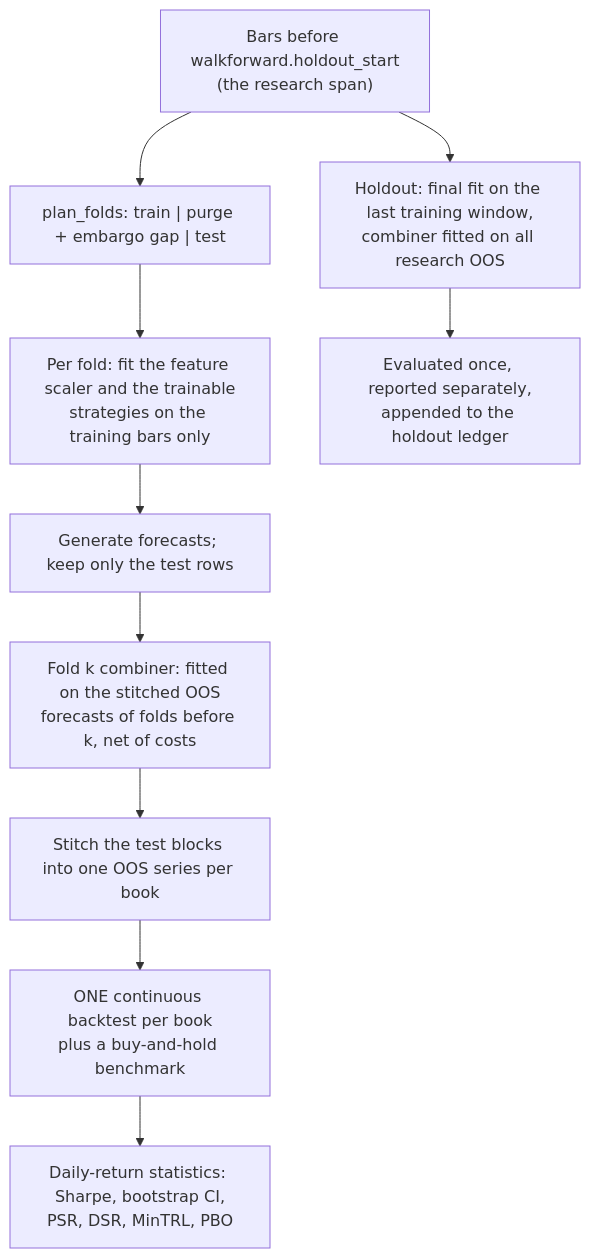
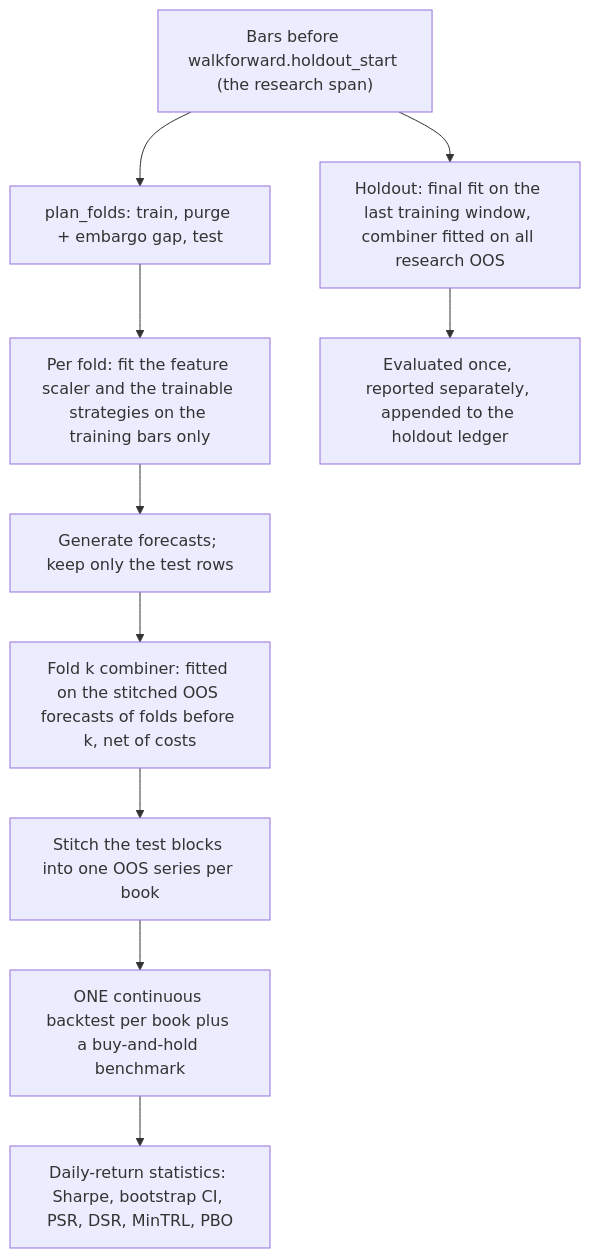
One commit to zero-was-here/tradingbot changed the first of 6 diagrams in docs/research.md. Above: the diagram before and after it, drawn with Mermaid. The commit also changed other lines of this file and 302 other files, not shown here.

First line of the commit message:
Docs v2.1: math, diagrams and real-data figures for every algorithm

````diff
--- a/docs/research.md
+++ b/docs/research.md
@@ -132,12 +166,12 @@
 ```mermaid
 flowchart TD
-  A["Bars before walkforward.holdout_start<br/>(the research span)"] --> B["plan_folds: train | purge + embargo gap | test"]
-  B --> C["Per fold: fit the feature scaler and the trainable<br/>strategies on the training bars only"]
+  A["Bars before walkforward.holdout_start (the research span)"] --> B["plan_folds: train, purge + embargo gap, test"]
+  B --> C["Per fold: fit the feature scaler and the trainable strategies on the training bars only"]
   C --> D["Generate forecasts; keep only the test rows"]
-  D --> E["Fold k combiner: fitted on the stitched OOS<br/>forecasts of folds before k, net of costs"]
+  D --> E["Fold k combiner: fitted on the stitched OOS forecasts of folds before k, net of costs"]
   E --> F["Stitch the test blocks into one OOS series per book"]
-  F --> G["ONE continuous backtest per book<br/>plus a buy-and-hold benchmark"]
-  G --> H["Daily-return statistics: Sharpe, bootstrap CI,<br/>PSR, DSR, MinTRL, PBO"]
-  A --> I["Holdout: final fit on the last training window,<br/>combiner fitted on all research OOS"]
-  I --> J["Evaluated once, reported separately,<br/>appended to the holdout ledger"]
+  F --> G["ONE continuous backtest per book plus a buy-and-hold benchmark"]
+  G --> H["Daily-return statistics: Sharpe, bootstrap CI, PSR, DSR, MinTRL, PBO"]
+  A --> I["Holdout: final fit on the last training window, combiner fitted on all research OOS"]
+  I --> J["Evaluated once, reported separately, appended to the holdout ledger"]
 ```
````
